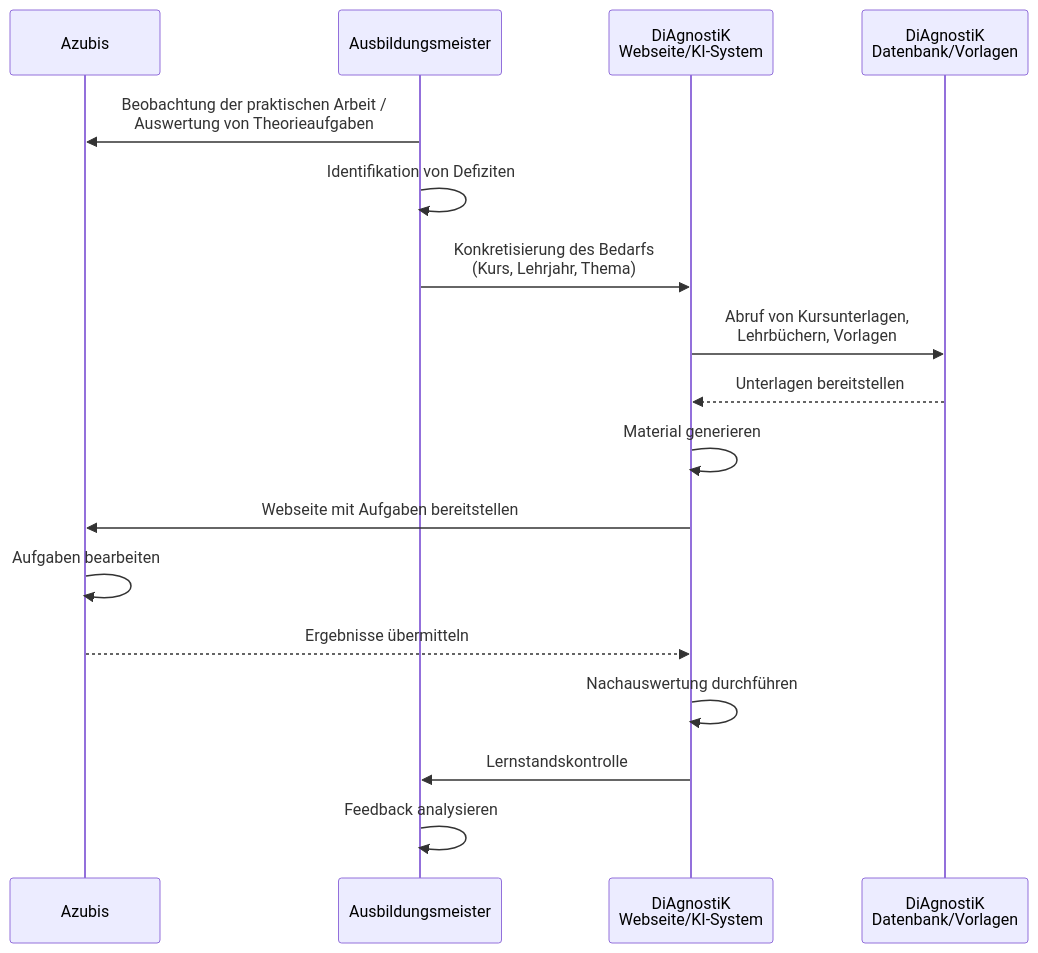
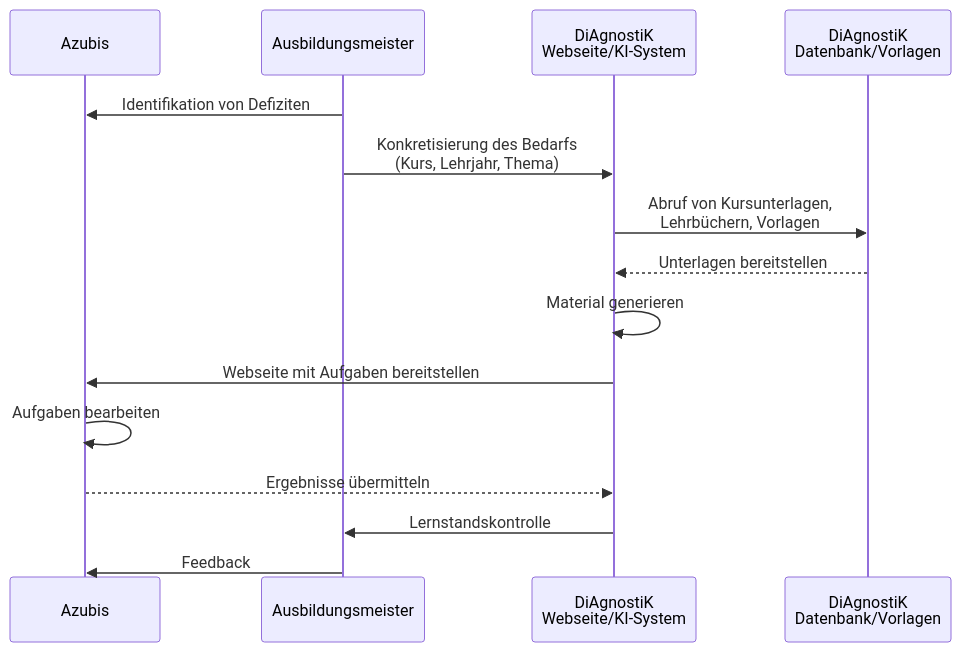
One commit to Ifi-DiAgnostiK-Project/Diagnostik_Presentations changed the diagram in 13112025_RunderTisch/presentation.md. Above: the diagram before and after it, drawn with Mermaid. The commit also changed other lines of this file and 2 other files, not shown here.

````diff
--- a/13112025_RunderTisch/presentation.md
+++ b/13112025_RunderTisch/presentation.md
@@ -63,23 +63,22 @@
 ```mermaid @mermaid
+%%{init: {'sequence': {'actorFontSize': 12, 'noteFontSize': 12, 'messageFontSize': 12, 'diagramMarginX': 10, 'diagramMarginY': 10, 'boxMargin': 2, 'boxTextMargin': 2, 'noteMargin': 2, 'messageGap': 10}}}%%
 sequenceDiagram
     participant AZ as Azubis
     participant AM as Ausbildungsmeister
     participant WS as DiAgnostiK<br/> Webseite/KI-System
     participant DB as DiAgnostiK<br/> Datenbank/Vorlagen
 
-    AM->>AZ: Beobachtung der praktischen Arbeit / <br/> Auswertung von Theorieaufgaben
-    AM->>AM: Identifikation von Defiziten
+    AM->>AZ: Identifikation von Defiziten
 
     AM->>WS: Konkretisierung des Bedarfs  <br/>(Kurs, Lehrjahr, Thema)
     WS->>DB: Abruf von Kursunterlagen, <br/> Lehrbüchern, Vorlagen
     DB-->>WS: Unterlagen bereitstellen
     WS->>WS: Material generieren
     WS->>AZ: Webseite mit Aufgaben bereitstellen
 
     AZ->>AZ: Aufgaben bearbeiten
     AZ-->>WS: Ergebnisse übermitteln
 
-    WS->>WS: Nachauswertung durchführen
     WS->>AM: Lernstandskontrolle
-    AM->>AM: Feedback analysieren
+    AM->>AZ: Feedback
 ```
````
